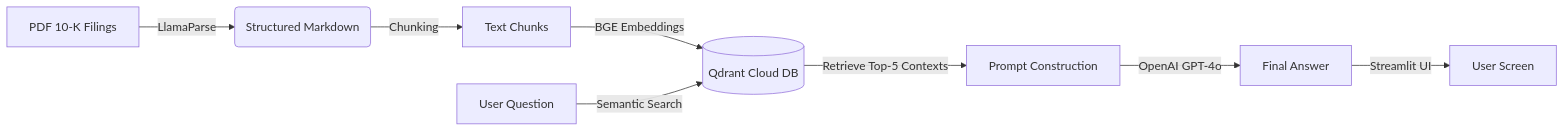
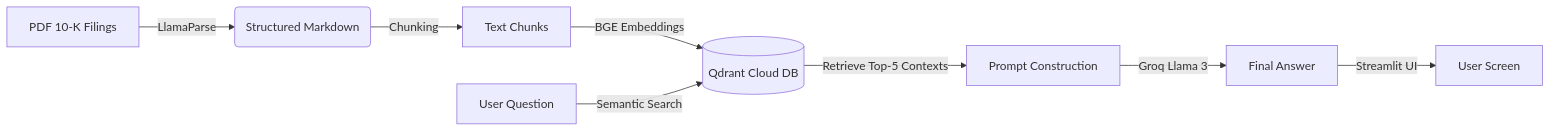
The diagram in README.md (SIYAM1809/Financial-RAG-Analyst), drawn with Mermaid before and after one commit. The commit also changed other lines of this file, not shown here.

First line of the commit message:
Revise README for Groq integration and formatting

````diff
--- a/README.md
+++ b/README.md
@@ -32,10 +34,10 @@
 ```mermaid
 graph LR
     A[PDF 10-K Filings] -->|LlamaParse| B(Structured Markdown)
     B -->|Chunking| C[Text Chunks]
     C -->|BGE Embeddings| D[(Qdrant Cloud DB)]
     E[User Question] -->|Semantic Search| D
     D -->|Retrieve Top-5 Contexts| F[Prompt Construction]
-    F -->|OpenAI GPT-4o| G[Final Answer]
+    F -->|Groq Llama 3| G[Final Answer]
     G -->|Streamlit UI| H[User Screen]
 ```
````
